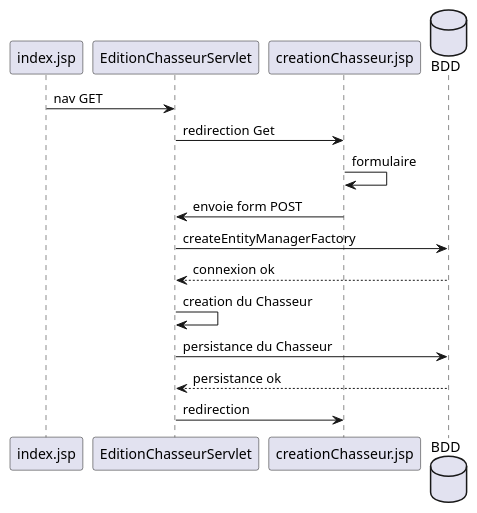
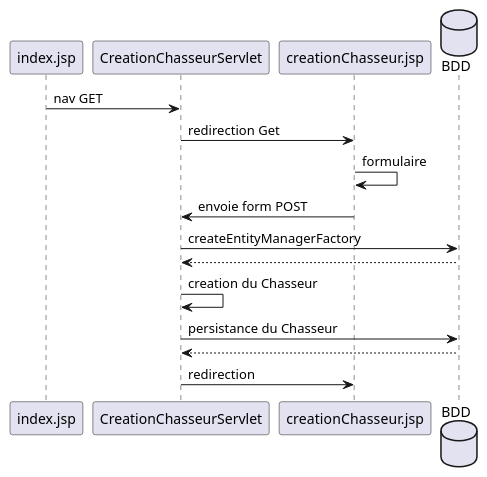
The diagram in Diagrammes/PlantUml/creationChasseur.plantuml (roquesfr/Star-Wars), drawn with PlantUML before and after one commit. The commit also changed 11 other files, not shown here.

```diff
--- a/Diagrammes/PlantUml/creationChasseur.plantuml
+++ b/Diagrammes/PlantUml/creationChasseur.plantuml
@@ -1,17 +1,17 @@
 @startuml creationChasseur
 participant index.jsp as accueil
-participant EditionChasseurServlet as serlvet
+participant CreationChasseurServlet as serlvet
 participant creationChasseur.jsp as creation
 database BDD as bdd
 
 accueil -> serlvet: nav GET
 serlvet -> creation : redirection Get
 creation -> creation : formulaire
 creation -> serlvet : envoie form POST
 serlvet -> bdd : createEntityManagerFactory
-bdd --> serlvet : connexion ok
+bdd --> serlvet : 
 serlvet -> serlvet : creation du Chasseur
 serlvet -> bdd : persistance du Chasseur
-bdd --> serlvet: persistance ok
+bdd --> serlvet: 
 serlvet -> creation : redirection
 @enduml
```
